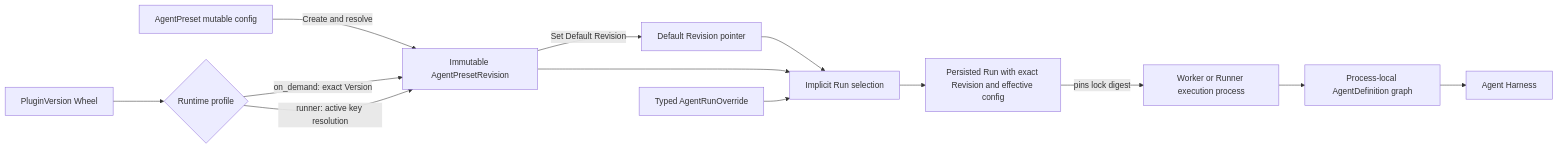
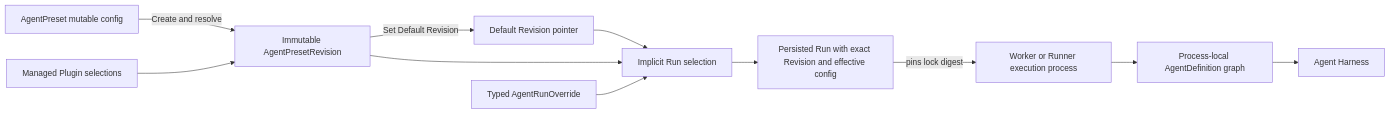
One commit to converge-ai-labs/agent-foundation changed the diagram in spec/foundation-service/12-agent-management.md. Above: the diagram before and after it, drawn with Mermaid. The commit also changed other lines of this file and 9 other files, not shown here.

Commit message:
Rename managed Harness plugin runtime specification references

````diff
--- a/spec/foundation-service/12-agent-management.md
+++ b/spec/foundation-service/12-agent-management.md
@@ -11,15 +11,13 @@
 ```mermaid
 flowchart LR
     Config[AgentPreset mutable config] -->|Create and resolve| Revision[Immutable AgentPresetRevision]
     Revision -->|Set Default Revision| Default[Default Revision pointer]
-    Wheel[PluginVersion Wheel] --> Selection{Runtime profile}
-    Selection -->|on_demand: exact Version| Revision
-    Selection -->|runner: active key resolution| Revision
+    Plugins[Managed Plugin selections] --> Revision
     Default --> Acceptance[Implicit Run selection]
     Revision --> Acceptance
     Override[Typed AgentRunOverride] --> Acceptance
     Acceptance --> Run[Persisted Run with exact Revision and effective config]
     Run -->|pins lock digest| Worker[Worker or Runner execution process]
     Worker --> Definition[Process-local AgentDefinition graph]
     Definition --> Harness[Agent Harness]
 ```
````
